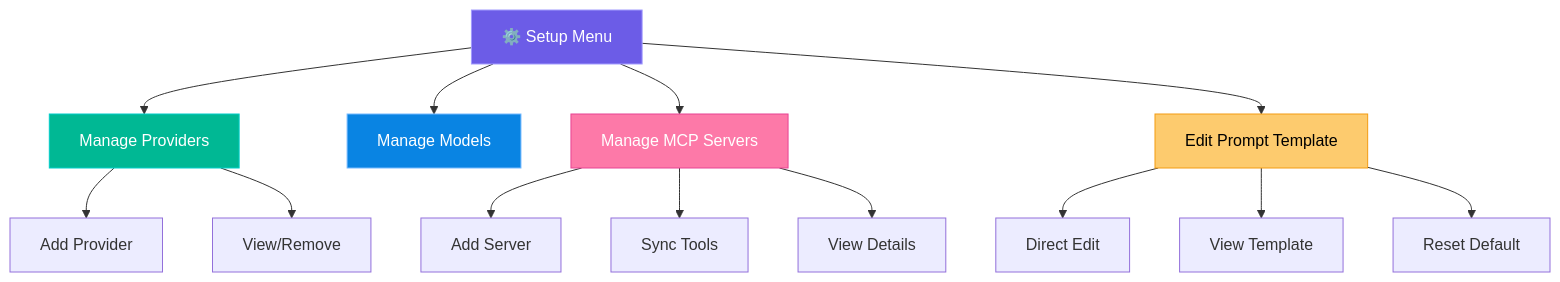
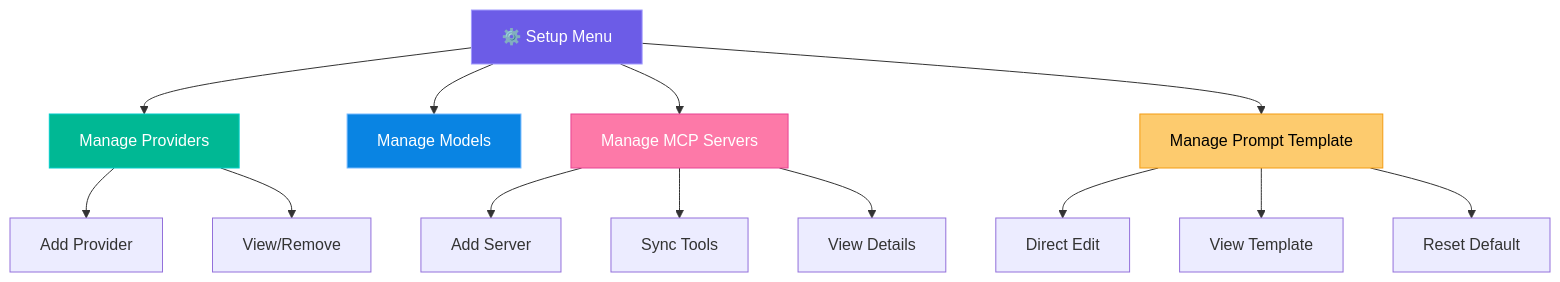
The fourth of 8 diagrams in README.md (tsfarizi/antikhitera-mcp-client), drawn with Mermaid before and after one commit. The commit also changed 9 other files, not shown here.

````diff
--- a/README.md
+++ b/README.md
@@ -199,24 +199,24 @@
 ```mermaid
 flowchart TD
     SETUP["⚙️ Setup Menu"] --> PROV["Manage Providers"]
     SETUP --> MODEL["Manage Models"]
     SETUP --> SRV["Manage MCP Servers"]
-    SETUP --> PROMPT["Edit Prompt Template"]
+    SETUP --> PROMPT["Manage Prompt Template"]
     
     PROV --> ADD_P["Add Provider"]
     PROV --> VIEW_P["View/Remove"]
     
     SRV --> ADD_S["Add Server"]
     SRV --> SYNC["Sync Tools"]
     SRV --> DETAIL["View Details"]
     
     PROMPT --> EDIT["Direct Edit"]
     PROMPT --> VIEW_T["View Template"]
     PROMPT --> RESET["Reset Default"]
     
     style SETUP fill:#6c5ce7,stroke:#a29bfe,color:#fff
     style PROV fill:#00b894,stroke:#00cec9,color:#fff
     style MODEL fill:#0984e3,stroke:#74b9ff,color:#fff
     style SRV fill:#fd79a8,stroke:#e84393,color:#fff
     style PROMPT fill:#fdcb6e,stroke:#f39c12,color:#000
 ```
````
